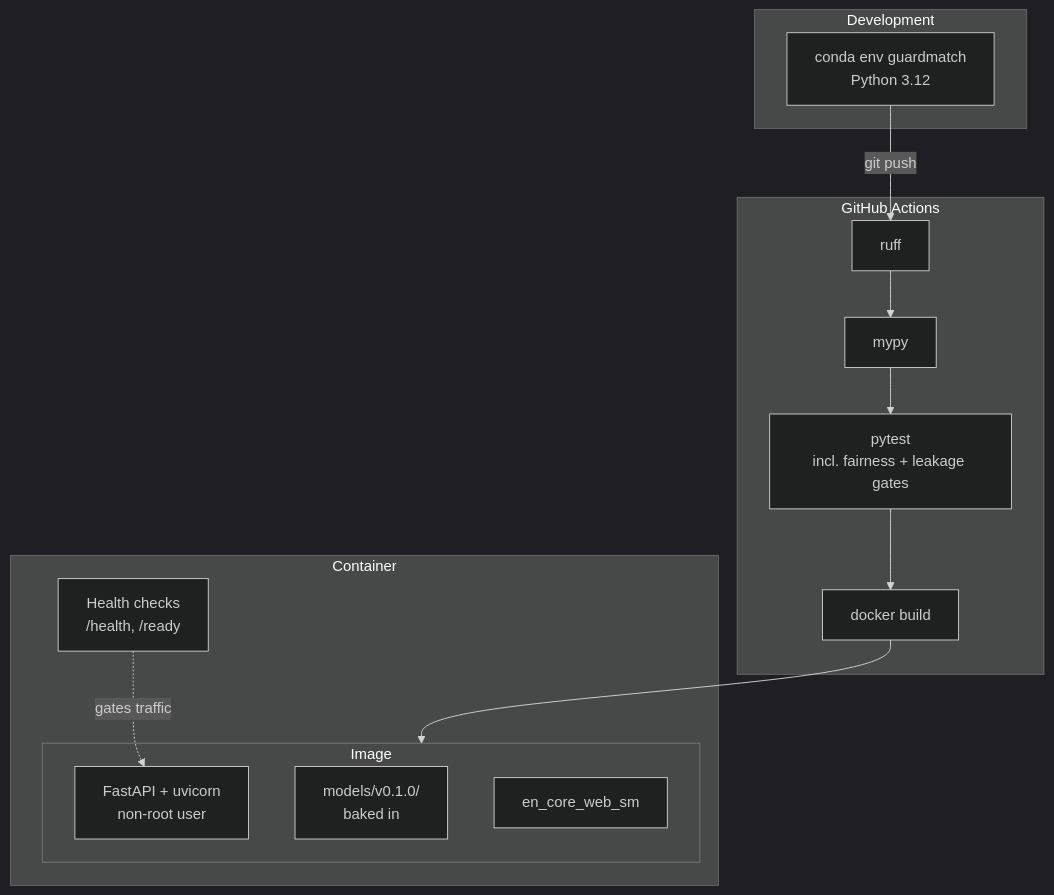
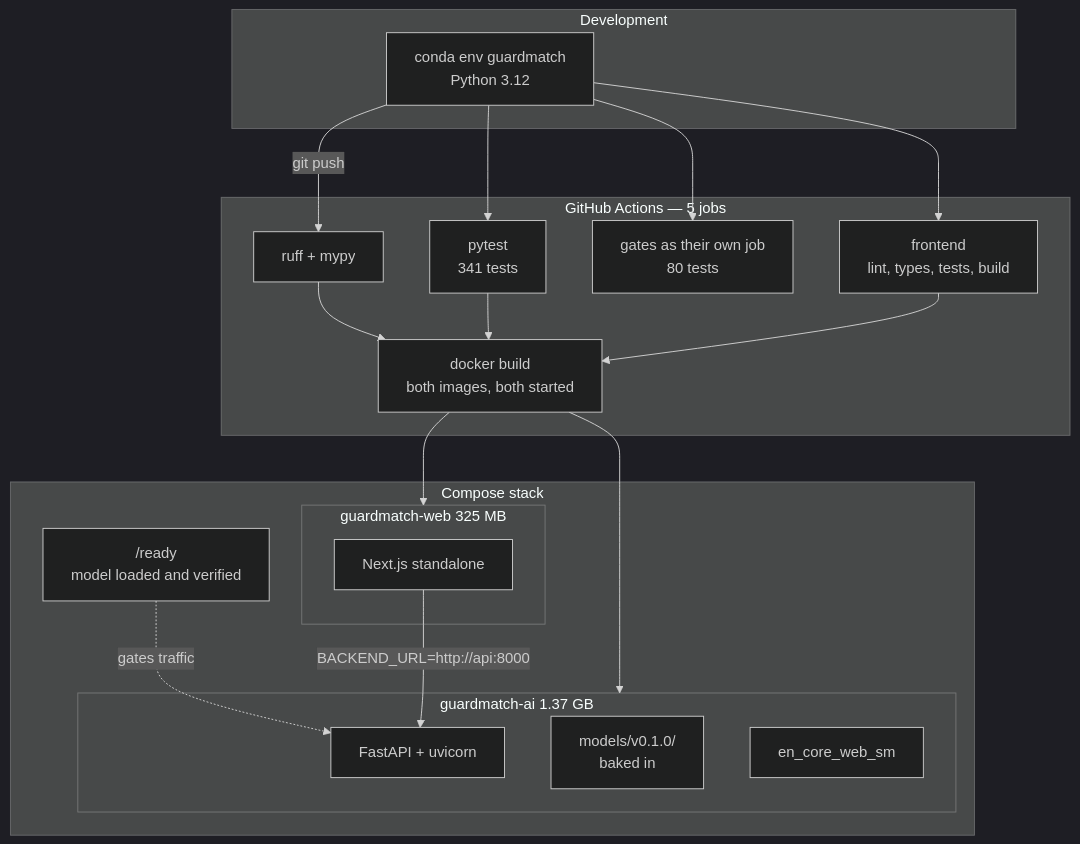
Before and after one commit to Kainatfatima0311/guardmatch-ai: the sixth of 6 diagrams in docs/architecture.md, drawn with Mermaid (dark theme). The commit also changed other lines of this file and 26 other files, not shown here.

````diff
--- a/docs/architecture.md
+++ b/docs/architecture.md
@@ -263,26 +314,38 @@
 ```mermaid
 flowchart TB
     subgraph Dev["Development"]
         LOCAL["conda env guardmatch<br/>Python 3.12"]
     end
 
-    subgraph CI["GitHub Actions"]
-        LINT["ruff"]
-        TYPE["mypy"]
-        TEST["pytest<br/>incl. fairness + leakage gates"]
-        BUILD["docker build"]
+    subgraph CI["GitHub Actions — 5 jobs"]
+        LINT["ruff + mypy"]
+        TEST["pytest<br/>341 tests"]
+        GATES["gates as their own job<br/>80 tests"]
+        WEB["frontend<br/>lint, types, tests, build"]
+        BUILD["docker build<br/>both images, both started"]
     end
 
-    subgraph Runtime["Container"]
-        subgraph IMG["Image"]
-            APP["FastAPI + uvicorn<br/>non-root user"]
+    subgraph Runtime["Compose stack"]
+        subgraph IMGA["guardmatch-ai  1.37 GB"]
+            APP["FastAPI + uvicorn"]
             ART["models/v0.1.0/<br/>baked in"]
             SPACY["en_core_web_sm"]
         end
-        HC["Health checks<br/>/health, /ready"]
+        subgraph IMGW["guardmatch-web  325 MB"]
+            NEXT["Next.js standalone"]
+        end
+        HC["/ready<br/>model loaded and verified"]
     end
 
-    LOCAL -->|"git push"| LINT --> TYPE --> TEST --> BUILD
-    BUILD --> IMG
+    LOCAL -->|"git push"| LINT
+    LOCAL --> TEST
+    LOCAL --> GATES
+    LOCAL --> WEB
+    LINT --> BUILD
+    TEST --> BUILD
+    WEB --> BUILD
+    BUILD --> IMGA
+    BUILD --> IMGW
     HC -.->|"gates traffic"| APP
+    NEXT -->|"BACKEND_URL=http://api:8000"| APP
 ```
````
